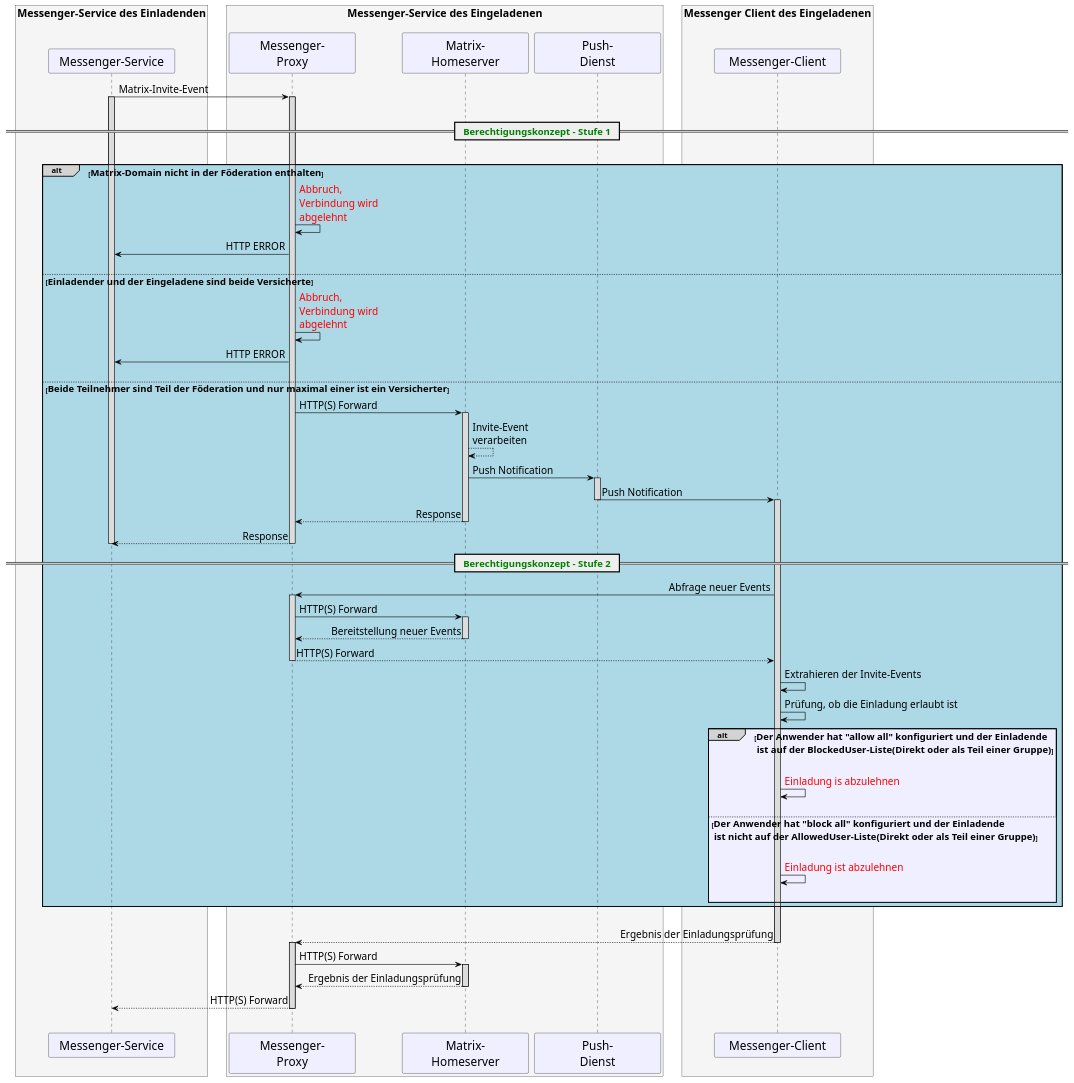
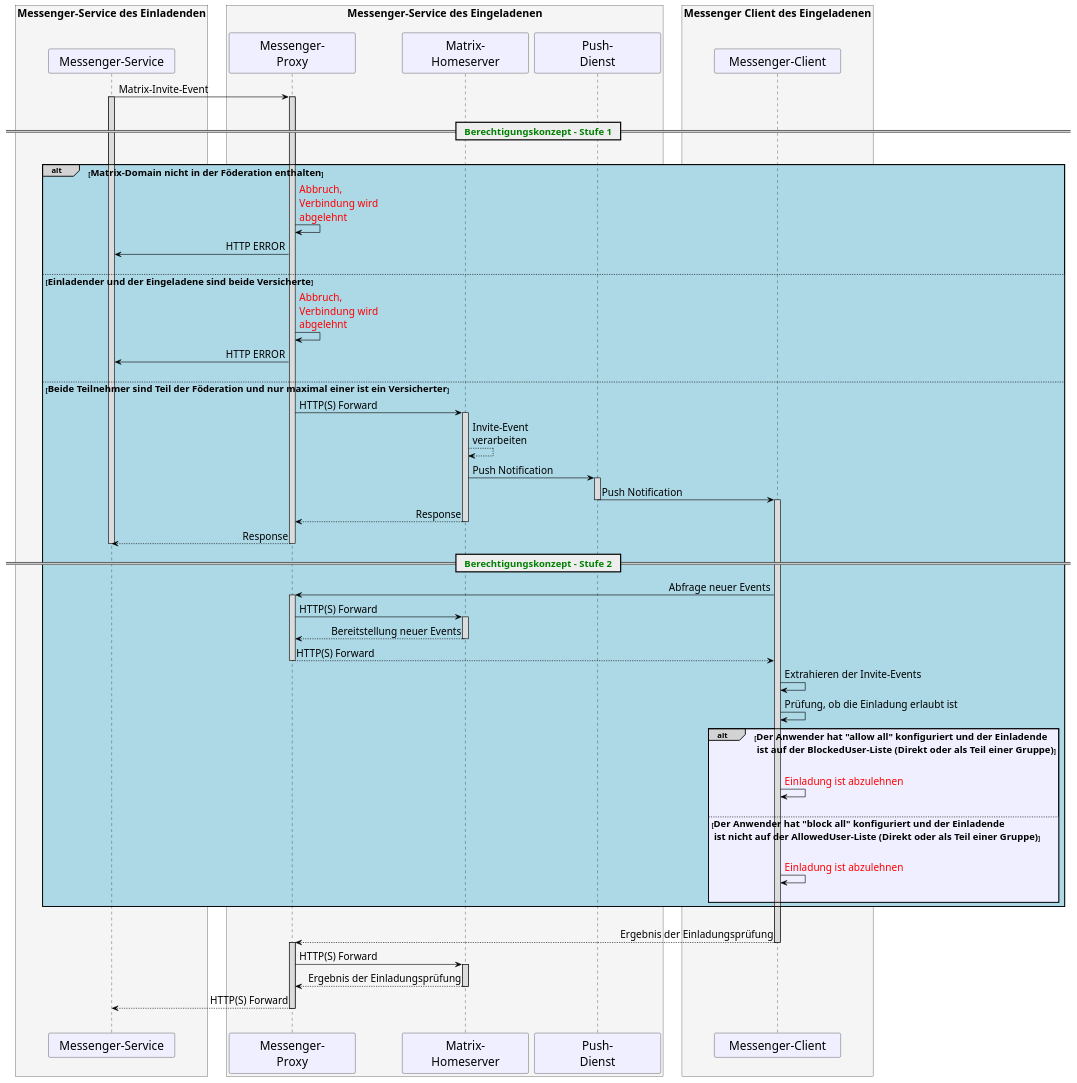
One commit to gematik/api-ti-messenger changed the diagram in src/plantuml/TI-Messenger-Dienst/Ressourcen/UC_Approvel_List_Seq_fdv.puml. Above: the diagram before and after it, drawn with PlantUML. The commit also changed 1 other file, not shown here.

Commit message:
updated diagrams

```diff
--- a/src/plantuml/TI-Messenger-Dienst/Ressourcen/UC_Approvel_List_Seq_fdv.puml
+++ b/src/plantuml/TI-Messenger-Dienst/Ressourcen/UC_Approvel_List_Seq_fdv.puml
@@ -8,103 +8,103 @@
 @startuml
 skinparam sequenceMessageAlign direction
 skinparam minClassWidth 200
 skinparam BoxPadding 15
 skinparam sequenceReferenceHeaderBackgroundColor palegreen
 scale max 2048 width
 
 skinparam sequence {
   ArrowColor black
   ArrowFontSize 17
   ActorBorderColor black
   LifeLineBorderColor black
   LifeLineBackgroundColor Gainsboro
 
   ParticipantBorderColor Motivation
   ParticipantBackgroundColor Motivation
   ParticipantFontName Impact
   ParticipantFontSize 20
   ParticipantFontColor black
   ParticipantBorderColor Black
   ParticipantBackgroundColor MOTIVATION
 
   ActorBackgroundColor Gainsboro
   ActorFontColor black
   ActorFontSize 20
   ActorFontName Aapex
 }
 box <size:18>Messenger-Service des Einladenden\n #WhiteSmoke
 participant MS as "Messenger-Service"
 end box
 box <size:18>Messenger-Service des Eingeladenen\n #WhiteSmoke
 participant MP2 as "Messenger-\nProxy"
 participant MH2 as "Matrix-\nHomeserver"
 participant PG as "Push-\nDienst"
 end box
 box <size:18>Messenger Client des Eingeladenen\n #WhiteSmoke
 participant MC2 as "Messenger-Client"
 end box
 MS->MP2:Matrix-Invite-Event
 activate MP2
 activate MS
 |||
 == <font color=green><size:16>  Berechtigungskonzept - Stufe 1</size></font>  ==
 |||
 alt#LightGrey #LightBlue <size:16>Matrix-Domain nicht in der Föderation enthalten</size>
   MP2->MP2:<font color=red>Abbruch, \n<font color=red>Verbindung wird \n<font color=red>abgelehnt</font>
   MP2->MS: HTTP ERROR
   |||
 
 else  <size:16>Einladender und der Eingeladene sind beide Versicherte</size>
   MP2->MP2:<font color=red>Abbruch, \n<font color=red>Verbindung wird \n<font color=red>abgelehnt</font>
   MP2->MS: HTTP ERROR
   |||
 
 else  <size:16>Beide Teilnehmer sind Teil der Föderation und nur maximal einer ist ein Versicherter</size>
   MP2->MH2: HTTP(S) Forward
   activate MH2
   MH2-->MH2: Invite-Event \nverarbeiten
   MH2->PG++: Push Notification
   PG->MC2--: Push Notification
   activate MC2
   MH2-->MP2: Response
   deactivate MH2
   MP2-->MS: Response
   deactivate MP2
   deactivate MS
 
 == <font color=green><size:16>  Berechtigungskonzept - Stufe 2</size></font>  ==
   MC2->MP2: Abfrage neuer Events
   activate MP2
   MP2->MH2: HTTP(S) Forward
   activate MH2
   MH2-->MP2: Bereitstellung neuer Events
   deactivate MH2
   MP2-->MC2: HTTP(S) Forward
   deactivate MP2
 
   MC2->MC2: Extrahieren der Invite-Events
   MC2->MC2: Prüfung, ob die Einladung erlaubt ist
 
-  alt#LightGrey #MOTIVATION <size:16>Der Anwender hat "allow all" konfiguriert und der Einladende\n<size:16> ist auf der BlockedUser-Liste(Direkt oder als Teil einer Gruppe)</size>
+  alt#LightGrey #MOTIVATION <size:16>Der Anwender hat "allow all" konfiguriert und der Einladende\n<size:16> ist auf der BlockedUser-Liste (Direkt oder als Teil einer Gruppe)</size>
     |||
-    MC2->MC2:<font color=red>Einladung is abzulehnen</font>
+    MC2->MC2:<font color=red>Einladung ist abzulehnen</font>
     |||
-  else <size:16>Der Anwender hat "block all" konfiguriert und der Einladende\n<size:16> ist nicht auf der AllowedUser-Liste(Direkt oder als Teil einer Gruppe)</size>
+  else <size:16>Der Anwender hat "block all" konfiguriert und der Einladende\n<size:16> ist nicht auf der AllowedUser-Liste (Direkt oder als Teil einer Gruppe)</size>
     |||
     MC2->MC2:<font color=red>Einladung ist abzulehnen</font>
     |||
   end
 end
 
 |||
 MC2-->MP2: Ergebnis der Einladungsprüfung
 deactivate MC2
 activate MP2
 MP2->MH2: HTTP(S) Forward
 activate MH2
 MH2-->MP2: Ergebnis der Einladungsprüfung
 deactivate MH2
 MP2-->MS: HTTP(S) Forward
 deactivate MP2
 |||
 @enduml
```
